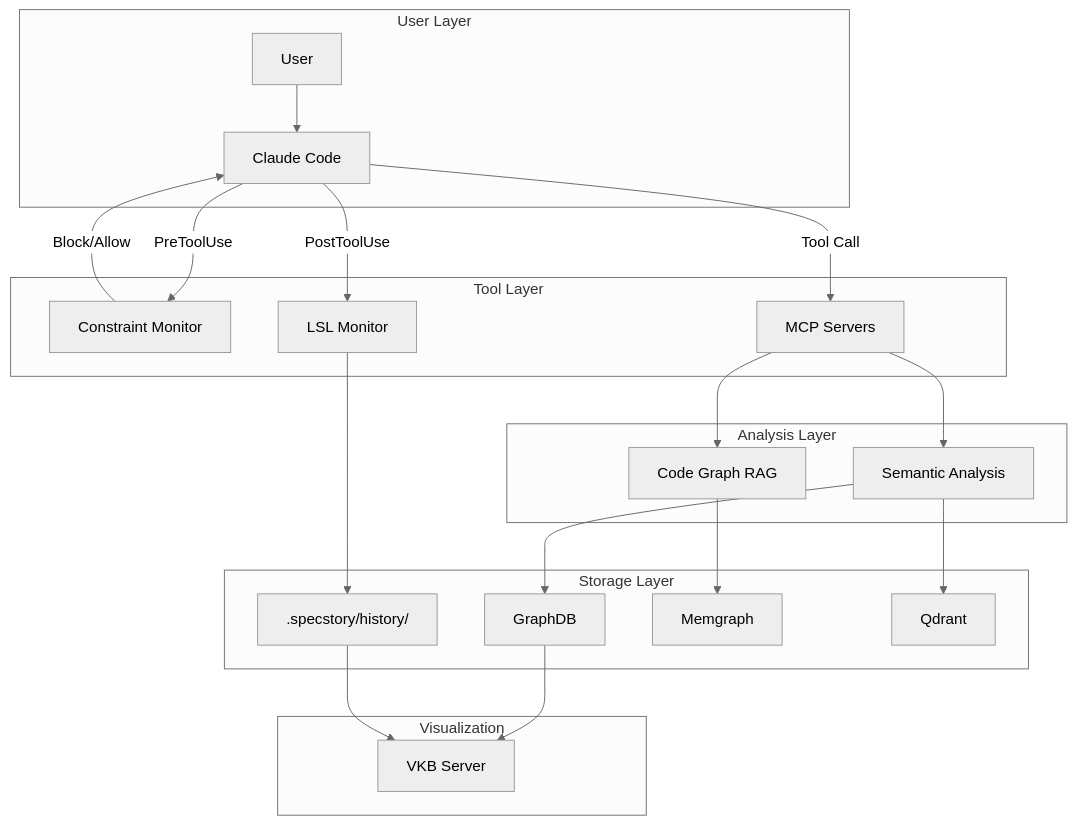
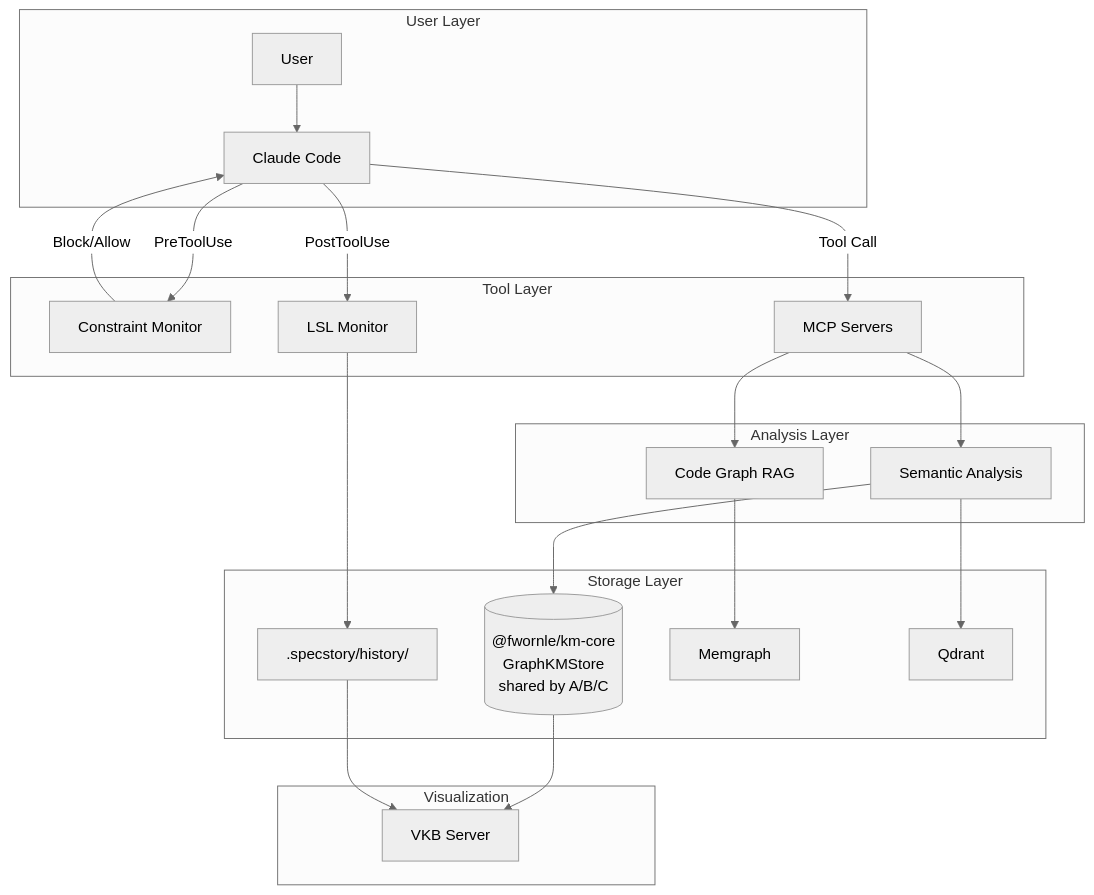
Before and after one commit to fwornle/coding: the first of 2 diagrams in docs-content/architecture/data-flow.md, drawn with Mermaid (neutral theme). The commit also changed other lines of this file and 15 other files, not shown here.

````diff
--- a/docs-content/architecture/data-flow.md
+++ b/docs-content/architecture/data-flow.md
@@ -9,30 +9,30 @@
 ```mermaid
 flowchart TB
     subgraph "User Layer"
         U[User] --> CC[Claude Code]
     end
 
     subgraph "Tool Layer"
         CC -->|PreToolUse| CM[Constraint Monitor]
         CM -->|Block/Allow| CC
         CC -->|Tool Call| MCP[MCP Servers]
         CC -->|PostToolUse| LSL[LSL Monitor]
     end
 
     subgraph "Analysis Layer"
         MCP --> SA[Semantic Analysis]
         MCP --> CGR[Code Graph RAG]
     end
 
     subgraph "Storage Layer"
         LSL --> FS[.specstory/history/]
-        SA --> GDB[GraphDB]
+        SA --> KMC[("@fwornle/km-core<br/>GraphKMStore<br/>shared by A/B/C")]
         CGR --> MG[Memgraph]
         SA --> QD[Qdrant]
     end
 
     subgraph "Visualization"
-        GDB --> VKB[VKB Server]
+        KMC --> VKB[VKB Server]
         FS --> VKB
     end
 ```
````
